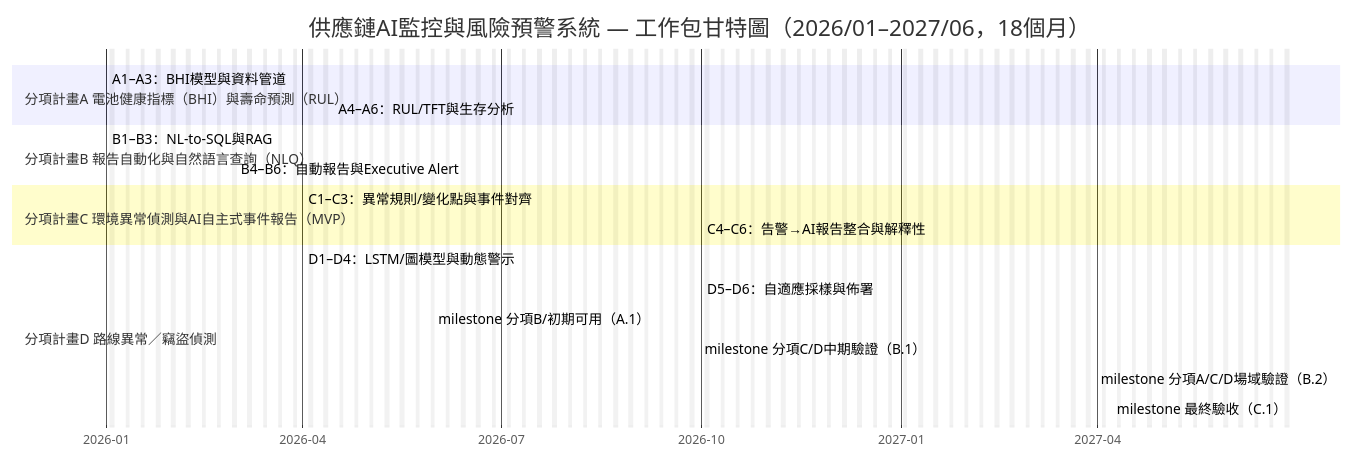
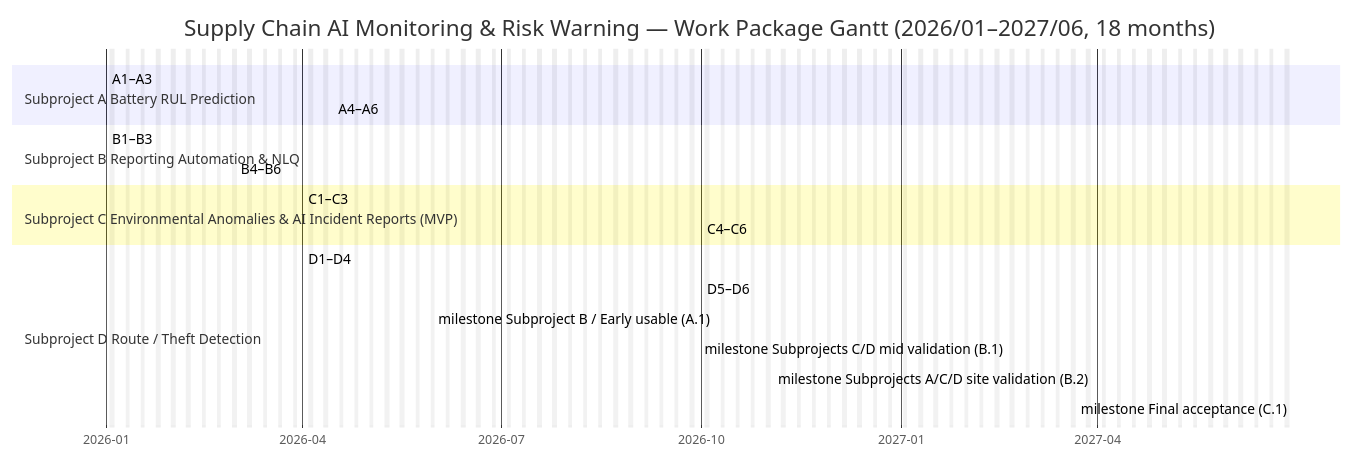
The tenth of 10 diagrams in proposal/AI-Application-Enhancement-Program-Proposal-Submission.md (jshuo/ai-moea-proposal), drawn with Mermaid before and after one commit. The commit also changed other lines of this file, not shown here.

````diff
--- a/proposal/AI-Application-Enhancement-Program-Proposal-Submission.md
+++ b/proposal/AI-Application-Enhancement-Program-Proposal-Submission.md
@@ -623,28 +861,28 @@
 ```mermaid
 gantt
-  title 供應鏈AI監控與風險預警系統 — 工作包甘特圖（2026/01–2027/06，18個月）
+  title Supply Chain AI Monitoring & Risk Warning — Work Package Gantt (2026/01–2027/06, 18 months)
   dateFormat  YYYY-MM-DD
   axisFormat  %Y-%m
   excludes    weekends
 
-   section 分項計畫A 電池健康指標（BHI）與壽命預測（RUL）
-   A1–A3：BHI模型與資料管道          :a1, 2026-01-01, 4m
-   A4–A6：RUL/TFT與生存分析           :a2, 2026-04-15, 6m
+  section Subproject A Battery RUL Prediction
+  A1–A3: Battery life models & data pipelines      :a1, 2026-01-01, 4m
+  A4–A6: RUL/TFT & survival analysis               :a2, 2026-04-15, 6m
 
-   section 分項計畫B 報告自動化與自然語言查詢（NLQ）
-   B1–B3：NL-to-SQL與RAG            :b1, 2026-01-01, 3.5m
-   B4–B6：自動報告與Executive Alert  :b2, 2026-03-01, 2.5m
+  section Subproject B Reporting Automation & NLQ
+  B1–B3: NL-to-SQL & RAG                           :b1, 2026-01-01, 3.5m
+  B4–B6: Auto reporting & Executive Alert          :b2, 2026-03-01, 2.5m
 
-  section 分項計畫C 環境異常偵測與AI自主式事件報告（MVP）
-  C1–C3：異常規則/變化點與事件對齊  :c1, 2026-04-01, 8m
-  C4–C6：告警→AI報告整合與解釋性     :c2, 2026-10-01, 4m
+  section Subproject C Environmental Anomalies & AI Incident Reports (MVP)
+  C1–C3: Rules/change-points & event alignment     :c1, 2026-04-01, 8m
+  C4–C6: Alert → AI report integration & explainability :c2, 2026-10-01, 4m
 
-   section 分項計畫D 路線異常／竊盜偵測
-   D1–D4：LSTM/圖模型與動態警示      :d1, 2026-04-01, 9m
-   D5–D6：自適應採樣與佈署          :d2, 2026-10-01, 5m
+  section Subproject D Route / Theft Detection
+  D1–D4: LSTM/graph models & dynamic alerts        :d1, 2026-04-01, 9m
+  D5–D6: Adaptive sampling & deployment            :d2, 2026-10-01, 5m
 
-   milestone 分項B/初期可用（A.1）   :m1, 2026-05-31, 0d
-   milestone 分項C/D中期驗證（B.1）  :m2, 2026-09-30, 0d
-   milestone 分項A/C/D場域驗證（B.2）:m3, 2027-03-31, 0d
-  milestone 最終驗收（C.1）         :m4, 2027-06-30, 0d
+  milestone Subproject B / Early usable (A.1)      :m1, 2026-05-31, 0d
+  milestone Subprojects C/D mid validation (B.1)   :m2, 2026-09-30, 0d
+  milestone Subprojects A/C/D site validation (B.2):m3, 2027-03-31, 0d
+  milestone Final acceptance (C.1)                 :m4, 2027-06-30, 0d
 ```
````
